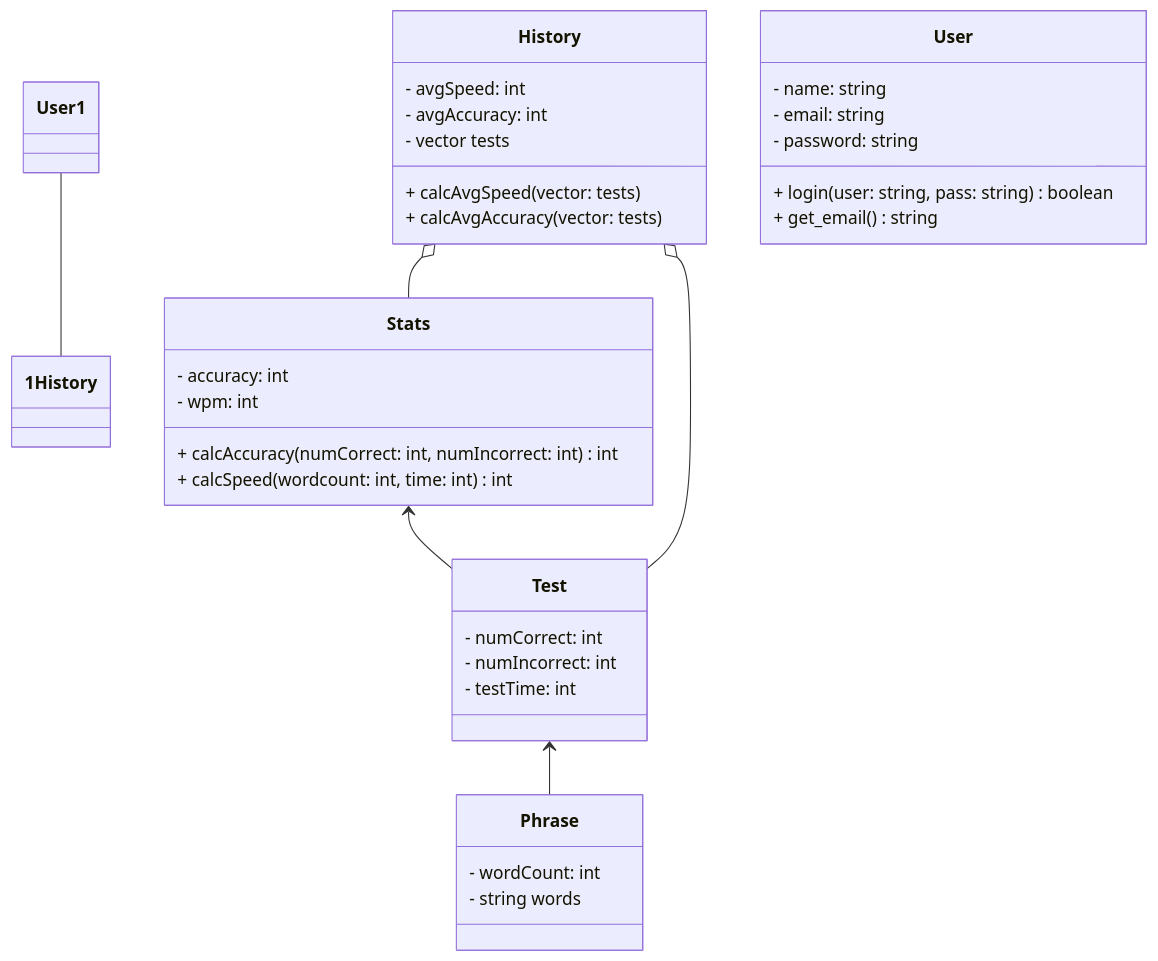
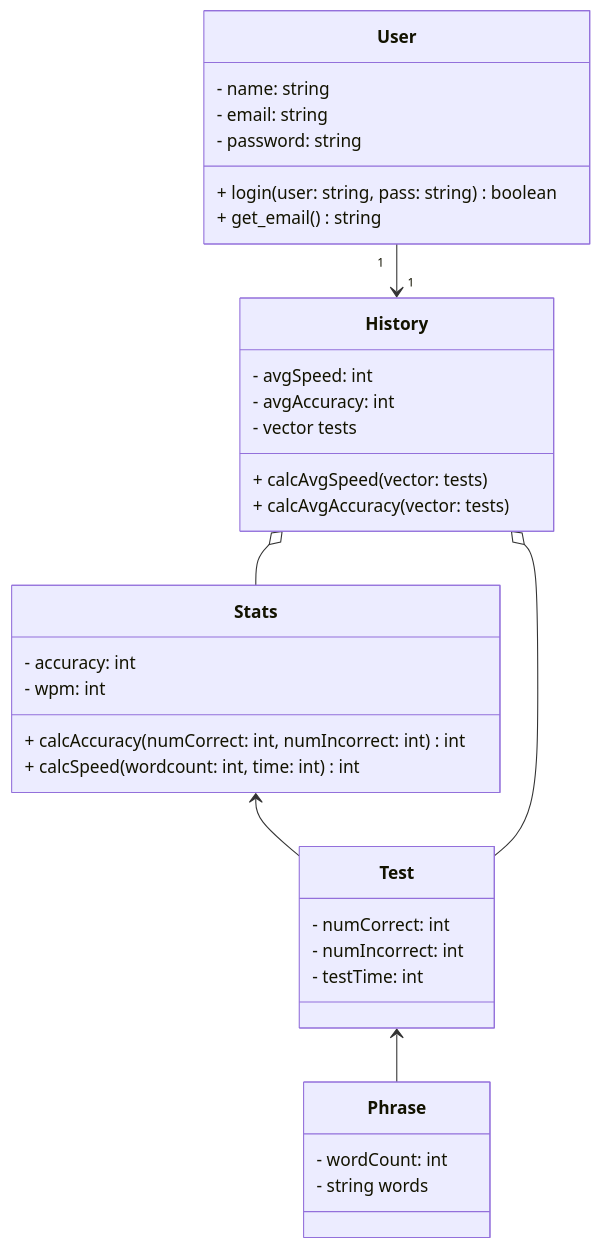
One commit to sbandaya/tippitytappity-design changed the diagram in README.md. Above: the diagram before and after it, drawn with Mermaid.

Commit message:
Update User relationship notation in class diagram

````diff
--- a/README.md
+++ b/README.md
@@ -8,40 +8,40 @@
 ```mermaid
 classDiagram
   Stats <-- Test
   Test <-- Phrase
-  User 1--1 History
+  User "1" --> "1" History
   History o-- Stats
   History o-- Test
 
   class User{
         - name: string
         - email: string
         - password: string
         + login(user: string, pass: string) boolean
         + get_email() string
         
   }
   class Stats{
         - accuracy: int
         - wpm: int
         + calcAccuracy( numCorrect: int, numIncorrect: int) int
         + calcSpeed( wordcount: int, time: int) int
   }
   class Phrase{
         - wordCount: int
         - string words
   }
   class Test{
         - numCorrect: int
         - numIncorrect: int
         - testTime: int
   }
   class History{
         - avgSpeed: int
         - avgAccuracy: int
         - vector<Test> tests 
         + calcAvgSpeed(vector<Test>: tests )
         + calcAvgAccuracy(vector<Test>: tests)
   }
   
 ```
````
